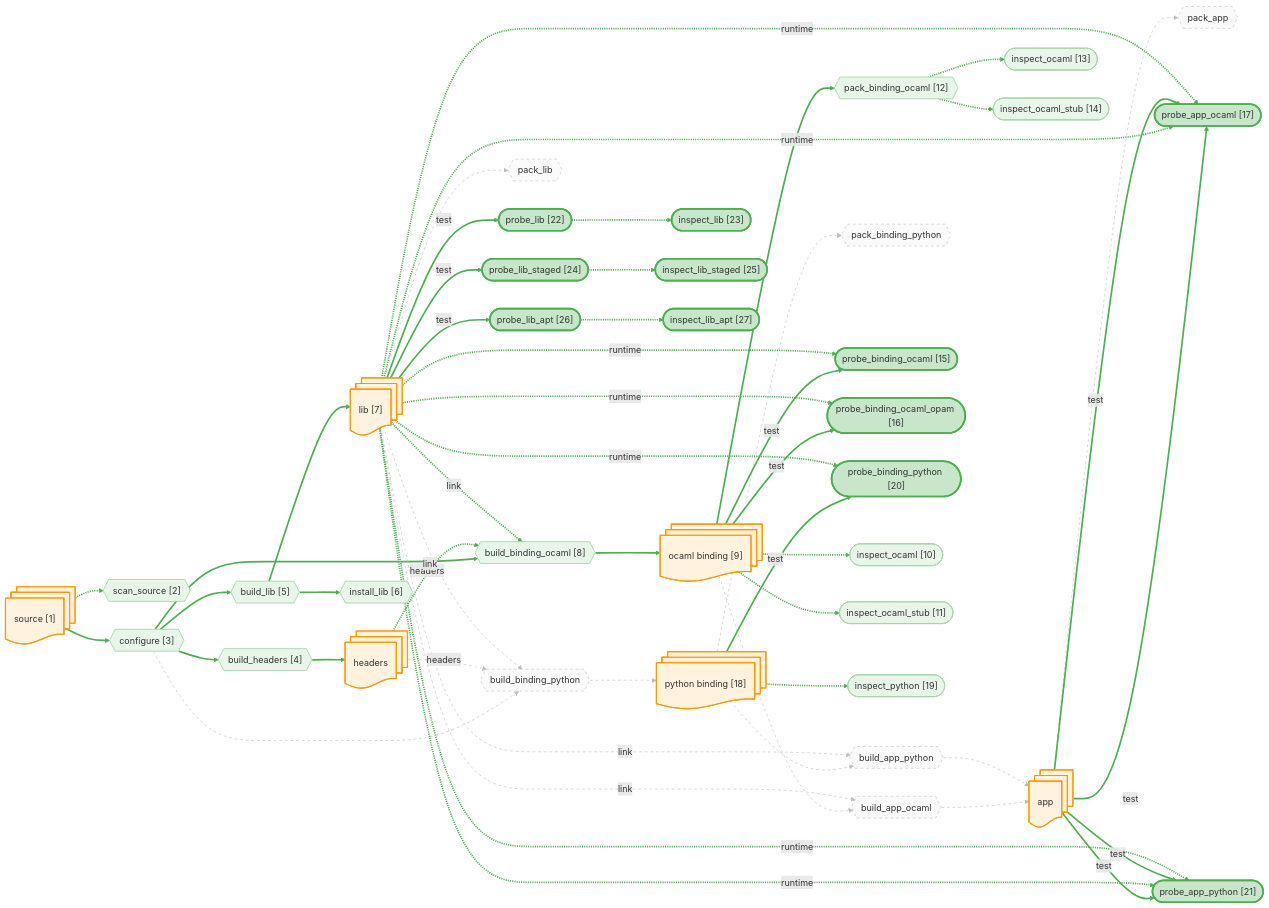
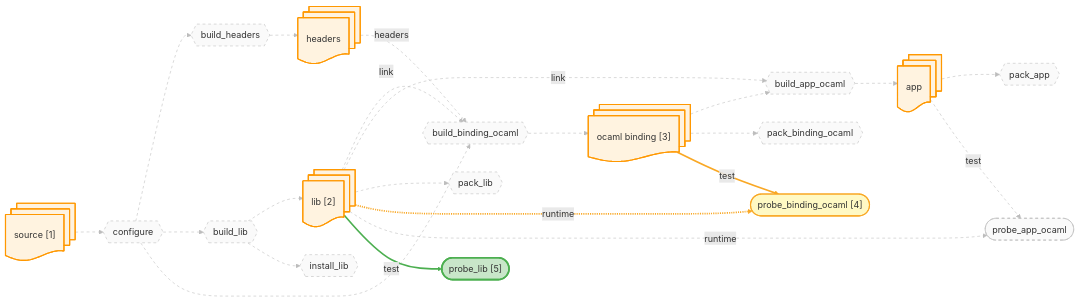
The diagram in docs/canary/projects/llvm/-run/diagrams/probes.mmd (JHU-PL-Lab/tola), drawn with Mermaid before and after one commit. The commit also changed 941 other files, not shown here.

```diff
--- a/docs/canary/projects/llvm/-run/diagrams/probes.mmd
+++ b/docs/canary/projects/llvm/-run/diagrams/probes.mmd
@@ -1,182 +1,85 @@
 %% view: probes
 graph LR
     source_node@{ shape: docs, label: "source [1]" }
     headers_node@{ shape: docs, label: "headers" }
-    lib_node@{ shape: docs, label: "lib [7]" }
+    lib_node@{ shape: docs, label: "lib [2]" }
     app_node@{ shape: docs, label: "app" }
-    ocaml_binding_node@{ shape: docs, label: "ocaml binding [9]" }
-    python_binding_node@{ shape: docs, label: "python binding [18]" }
+    ocaml_binding_node@{ shape: docs, label: "ocaml binding [3]" }
 
-    A_scan_source{{"scan_source [2]"}}
-    A_configure{{"configure [3]"}}
-    A_build_headers{{"build_headers [4]"}}
-    A_build_lib{{"build_lib [5]"}}
-    A_build_binding_ocaml{{"build_binding_ocaml [8]"}}
+    A_configure{{"configure"}}
+    A_build_headers{{"build_headers"}}
+    A_build_lib{{"build_lib"}}
+    A_build_binding_ocaml{{"build_binding_ocaml"}}
     A_build_app_ocaml{{"build_app_ocaml"}}
-    A_build_binding_python{{"build_binding_python"}}
-    A_build_app_python{{"build_app_python"}}
-    A_install_lib{{"install_lib [6]"}}
-    A_pack_binding_ocaml{{"pack_binding_ocaml [12]"}}
-    A_pack_binding_python{{"pack_binding_python"}}
+    A_install_lib{{"install_lib"}}
+    A_pack_binding_ocaml{{"pack_binding_ocaml"}}
     A_pack_lib{{"pack_lib"}}
     A_pack_app{{"pack_app"}}
-    A_probe_binding_ocaml(["probe_binding_ocaml [15]"])
-    A_probe_binding_ocaml_opam(["probe_binding_ocaml_opam [16]"])
-    A_probe_app_ocaml(["probe_app_ocaml [17]"])
-    A_probe_app_python(["probe_app_python [21]"])
-    A_probe_binding_python(["probe_binding_python [20]"])
-    A_probe_app_ocaml(["probe_app_ocaml [17]"])
-    A_probe_app_python(["probe_app_python [21]"])
-    A_probe_lib(["probe_lib [22]"])
-    A_probe_lib_staged(["probe_lib_staged [24]"])
-    A_probe_lib_apt(["probe_lib_apt [26]"])
-    A_probe_lib_inspect(["inspect_lib [23]"])
-    A_probe_lib_staged_inspect(["inspect_lib_staged [25]"])
-    A_probe_lib_apt_inspect(["inspect_lib_apt [27]"])
-    A_fetch_binding_ocaml_inspect(["inspect_ocaml [10]"])
-    A_fetch_binding_ocaml_stub_inspect(["inspect_ocaml_stub [11]"])
-    A_fetch_binding_python_inspect(["inspect_python [19]"])
-    A_pack_binding_ocaml_inspect(["inspect_ocaml [13]"])
-    A_pack_binding_ocaml_stub_inspect(["inspect_ocaml_stub [14]"])
+    A_probe_binding_ocaml(["probe_binding_ocaml [4]"])
+    A_probe_app_ocaml(["probe_app_ocaml"])
+    A_probe_lib(["probe_lib [5]"])
 
-    source_node -.-> A_scan_source
     source_node --> A_configure
     A_configure --> A_build_headers
     A_build_headers --> headers_node
     A_configure --> A_build_lib
     A_build_lib --> lib_node
     A_configure --> A_build_binding_ocaml
     headers_node -.->|headers| A_build_binding_ocaml
     lib_node -.->|link| A_build_binding_ocaml
     A_build_binding_ocaml --> ocaml_binding_node
     ocaml_binding_node --> A_build_app_ocaml
     lib_node -.->|link| A_build_app_ocaml
     A_build_app_ocaml --> app_node
-    A_configure --> A_build_binding_python
-    headers_node -.->|headers| A_build_binding_python
-    lib_node -.->|link| A_build_binding_python
-    A_build_binding_python --> python_binding_node
-    python_binding_node --> A_build_app_python
-    lib_node -.->|link| A_build_app_python
-    A_build_app_python --> app_node
     A_build_lib --> A_install_lib
     ocaml_binding_node --> A_pack_binding_ocaml
-    python_binding_node --> A_pack_binding_python
     lib_node --> A_pack_lib
     app_node --> A_pack_app
     ocaml_binding_node -->|test| A_probe_binding_ocaml
     lib_node -.->|runtime| A_probe_binding_ocaml
-    ocaml_binding_node -->|test| A_probe_binding_ocaml_opam
-    lib_node -.->|runtime| A_probe_binding_ocaml_opam
     app_node -->|test| A_probe_app_ocaml
     lib_node -.->|runtime| A_probe_app_ocaml
-    app_node -->|test| A_probe_app_python
-    lib_node -.->|runtime| A_probe_app_python
-    python_binding_node -->|test| A_probe_binding_python
-    lib_node -.->|runtime| A_probe_binding_python
-    app_node -->|test| A_probe_app_ocaml
-    lib_node -.->|runtime| A_probe_app_ocaml
-    app_node -->|test| A_probe_app_python
-    lib_node -.->|runtime| A_probe_app_python
     lib_node -->|test| A_probe_lib
-    lib_node -->|test| A_probe_lib_staged
-    lib_node -->|test| A_probe_lib_apt
-    A_probe_lib -.-> A_probe_lib_inspect
-    A_probe_lib_staged -.-> A_probe_lib_staged_inspect
-    A_probe_lib_apt -.-> A_probe_lib_apt_inspect
-    ocaml_binding_node -.-> A_fetch_binding_ocaml_inspect
-    ocaml_binding_node -.-> A_fetch_binding_ocaml_stub_inspect
-    python_binding_node -.-> A_fetch_binding_python_inspect
-    A_pack_binding_ocaml -.-> A_pack_binding_ocaml_inspect
-    A_pack_binding_ocaml -.-> A_pack_binding_ocaml_stub_inspect
 
     classDef artifact fill:#fff3e0,stroke:#ff9800,stroke-width:2px
     classDef action fill:#f3e5f5,stroke:#9c27b0,stroke-width:2px
     classDef st_done fill:#c8e6c9,stroke:#4caf50,stroke-width:3px
     classDef st_done_ctx fill:#e8f5e9,stroke:#a5d6a7,stroke-width:1.5px
     classDef st_expected_fail fill:#fff9c4,stroke:#f9a825,stroke-width:2px
     classDef st_failed fill:#ffcdd2,stroke:#c62828,stroke-width:2px
     classDef st_skipped fill:#f5f5f5,stroke:#9e9e9e,stroke-dasharray:5
     classDef st_nospec fill:#fafafa,stroke:#bdbdbd,stroke-dasharray:5
-    class source_node,headers_node,lib_node,app_node,ocaml_binding_node,python_binding_node artifact
-    class A_scan_source st_done_ctx
-    class A_configure st_done_ctx
-    class A_build_headers st_done_ctx
-    class A_build_lib st_done_ctx
-    class A_build_binding_ocaml st_done_ctx
+    class source_node,headers_node,lib_node,app_node,ocaml_binding_node artifact
+    class A_configure st_nospec
+    class A_build_headers st_nospec
+    class A_build_lib st_nospec
+    class A_build_binding_ocaml st_nospec
     class A_build_app_ocaml st_nospec
-    class A_build_binding_python st_nospec
-    class A_build_app_python st_nospec
-    class A_install_lib st_done_ctx
-    class A_pack_binding_ocaml st_done_ctx
-    class A_pack_binding_python st_nospec
+    class A_install_lib st_nospec
+    class A_pack_binding_ocaml st_nospec
     class A_pack_lib st_nospec
     class A_pack_app st_nospec
-    class A_probe_binding_ocaml st_done
-    class A_probe_binding_ocaml_opam st_done
-    class A_probe_app_ocaml st_done
-    class A_probe_app_python st_done
-    class A_probe_binding_python st_done
-    class A_probe_app_ocaml st_done
-    class A_probe_app_python st_done
+    class A_probe_binding_ocaml st_expected_fail
+    class A_probe_app_ocaml st_nospec
     class A_probe_lib st_done
-    class A_probe_lib_staged st_done
-    class A_probe_lib_apt st_done
-    class A_probe_lib_inspect st_done
-    class A_probe_lib_staged_inspect st_done
-    class A_probe_lib_apt_inspect st_done
-    class A_fetch_binding_ocaml_inspect st_done_ctx
-    class A_fetch_binding_ocaml_stub_inspect st_done_ctx
-    class A_fetch_binding_python_inspect st_done_ctx
-    class A_pack_binding_ocaml_inspect st_done_ctx
-    class A_pack_binding_ocaml_stub_inspect st_done_ctx
-    linkStyle 0 stroke:#4caf50,stroke-width:3px
-    linkStyle 1 stroke:#4caf50,stroke-width:3px
-    linkStyle 2 stroke:#4caf50,stroke-width:3px
-    linkStyle 3 stroke:#4caf50,stroke-width:3px
-    linkStyle 4 stroke:#4caf50,stroke-width:3px
-    linkStyle 5 stroke:#4caf50,stroke-width:3px
-    linkStyle 6 stroke:#4caf50,stroke-width:3px
-    linkStyle 7 stroke:#4caf50,stroke-width:3px
-    linkStyle 8 stroke:#4caf50,stroke-width:3px
-    linkStyle 9 stroke:#4caf50,stroke-width:3px
+    linkStyle 0 stroke:#bdbdbd,stroke-width:1px,stroke-dasharray:5
+    linkStyle 1 stroke:#bdbdbd,stroke-width:1px,stroke-dasharray:5
+    linkStyle 2 stroke:#bdbdbd,stroke-width:1px,stroke-dasharray:5
+    linkStyle 3 stroke:#bdbdbd,stroke-width:1px,stroke-dasharray:5
+    linkStyle 4 stroke:#bdbdbd,stroke-width:1px,stroke-dasharray:5
+    linkStyle 5 stroke:#bdbdbd,stroke-width:1px,stroke-dasharray:5
+    linkStyle 6 stroke:#bdbdbd,stroke-width:1px,stroke-dasharray:5
+    linkStyle 7 stroke:#bdbdbd,stroke-width:1px,stroke-dasharray:5
+    linkStyle 8 stroke:#bdbdbd,stroke-width:1px,stroke-dasharray:5
+    linkStyle 9 stroke:#bdbdbd,stroke-width:1px,stroke-dasharray:5
     linkStyle 10 stroke:#bdbdbd,stroke-width:1px,stroke-dasharray:5
     linkStyle 11 stroke:#bdbdbd,stroke-width:1px,stroke-dasharray:5
     linkStyle 12 stroke:#bdbdbd,stroke-width:1px,stroke-dasharray:5
     linkStyle 13 stroke:#bdbdbd,stroke-width:1px,stroke-dasharray:5
     linkStyle 14 stroke:#bdbdbd,stroke-width:1px,stroke-dasharray:5
     linkStyle 15 stroke:#bdbdbd,stroke-width:1px,stroke-dasharray:5
-    linkStyle 16 stroke:#bdbdbd,stroke-width:1px,stroke-dasharray:5
-    linkStyle 17 stroke:#bdbdbd,stroke-width:1px,stroke-dasharray:5
+    linkStyle 16 stroke:#f9a825,stroke-width:3px
+    linkStyle 17 stroke:#f9a825,stroke-width:3px
     linkStyle 18 stroke:#bdbdbd,stroke-width:1px,stroke-dasharray:5
     linkStyle 19 stroke:#bdbdbd,stroke-width:1px,stroke-dasharray:5
     linkStyle 20 stroke:#4caf50,stroke-width:3px
-    linkStyle 21 stroke:#4caf50,stroke-width:3px
-    linkStyle 22 stroke:#bdbdbd,stroke-width:1px,stroke-dasharray:5
-    linkStyle 23 stroke:#bdbdbd,stroke-width:1px,stroke-dasharray:5
-    linkStyle 24 stroke:#bdbdbd,stroke-width:1px,stroke-dasharray:5
-    linkStyle 25 stroke:#4caf50,stroke-width:3px
-    linkStyle 26 stroke:#4caf50,stroke-width:3px
-    linkStyle 27 stroke:#4caf50,stroke-width:3px
-    linkStyle 28 stroke:#4caf50,stroke-width:3px
-    linkStyle 29 stroke:#4caf50,stroke-width:3px
-    linkStyle 30 stroke:#4caf50,stroke-width:3px
-    linkStyle 31 stroke:#4caf50,stroke-width:3px
-    linkStyle 32 stroke:#4caf50,stroke-width:3px
-    linkStyle 33 stroke:#4caf50,stroke-width:3px
-    linkStyle 34 stroke:#4caf50,stroke-width:3px
-    linkStyle 35 stroke:#4caf50,stroke-width:3px
-    linkStyle 36 stroke:#4caf50,stroke-width:3px
-    linkStyle 37 stroke:#4caf50,stroke-width:3px
-    linkStyle 38 stroke:#4caf50,stroke-width:3px
-    linkStyle 39 stroke:#4caf50,stroke-width:3px
-    linkStyle 40 stroke:#4caf50,stroke-width:3px
-    linkStyle 41 stroke:#4caf50,stroke-width:3px
-    linkStyle 42 stroke:#4caf50,stroke-width:3px
-    linkStyle 43 stroke:#4caf50,stroke-width:3px
-    linkStyle 44 stroke:#4caf50,stroke-width:3px
-    linkStyle 45 stroke:#4caf50,stroke-width:3px
-    linkStyle 46 stroke:#4caf50,stroke-width:3px
-    linkStyle 47 stroke:#4caf50,stroke-width:3px
-    linkStyle 48 stroke:#4caf50,stroke-width:3px
-    linkStyle 49 stroke:#4caf50,stroke-width:3px
```
